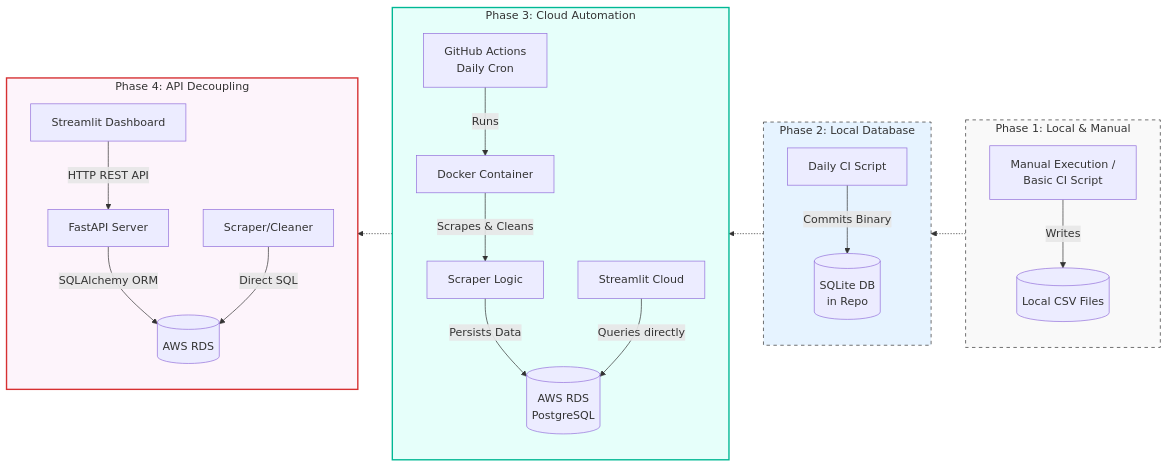
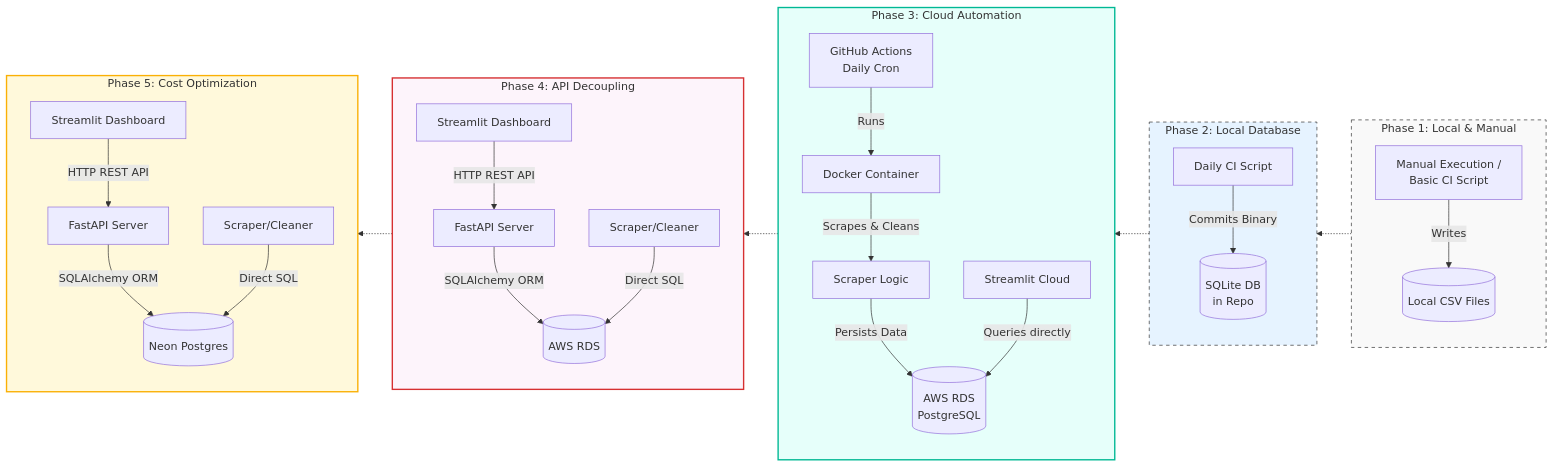
The diagram in README.md (ChrisChae00/job-bank-tracker), drawn with Mermaid before and after one commit. The commit also changed other lines of this file and 2 other files, not shown here.

First line of the commit message:
chore(infra): pause automated scraper and document serverless database migration

````diff
--- a/README.md
+++ b/README.md
@@ -25,36 +25,45 @@
 ```mermaid
 graph RL
+    subgraph Phase5 [Phase 5: Cost Optimization]
+        direction TB
+        style Phase5 fill:#fff9db,stroke:#fab005,stroke-width:2px
+        API_P5[FastAPI Server] -->|SQLAlchemy ORM| Neon_P5[(Neon Postgres)]
+        Streamlit_P5[Streamlit Dashboard] -->|HTTP REST API| API_P5
+        Scraper_P5[Scraper/Cleaner] -->|Direct SQL| Neon_P5
+    end
+
     subgraph Phase4 [Phase 4: API Decoupling]
         direction TB
         style Phase4 fill:#fdf4fb,stroke:#d63031,stroke-width:2px
         API[FastAPI Server] -->|SQLAlchemy ORM| RDS_P4[(AWS RDS)]
         Streamlit_P4[Streamlit Dashboard] -->|HTTP REST API| API
         Scraper_P4[Scraper/Cleaner] -->|Direct SQL| RDS_P4
     end
 
     subgraph Phase3 [Phase 3: Cloud Automation]
         direction TB
         style Phase3 fill:#e6fffa,stroke:#00b894,stroke-width:2px
         GHA[GitHub Actions<br/>Daily Cron] -->|Runs| Docker[Docker Container]
         Docker -->|Scrapes & Cleans| Scraper[Scraper Logic]
         Scraper -->|Persists Data| RDS[(AWS RDS<br/>PostgreSQL)]
         Streamlit[Streamlit Cloud] -->|Queries directly| RDS
     end
 
     subgraph Phase2 [Phase 2: Local Database]
         direction TB
         style Phase2 fill:#e6f3ff,stroke:#333,stroke-dasharray: 5 5
         P2_Script[Daily CI Script] -->|Commits Binary| P2_DB[(SQLite DB<br/>in Repo)]
     end
 
     subgraph Phase1 [Phase 1: Local & Manual]
         direction TB
         style Phase1 fill:#f9f9f9,stroke:#333,stroke-dasharray: 5 5
         P1_Script[Manual Execution /<br/>Basic CI Script] -->|Writes| P1_CSV[(Local CSV Files)]
     end
 
     %% Evolution Flow (Right to Left)
     P1_Script -.-> P2_Script
     P2_Script -.-> GHA
     GHA -.-> API
+    API -.-> API_P5
 ```
````
